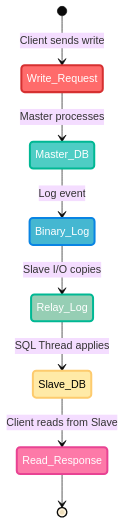
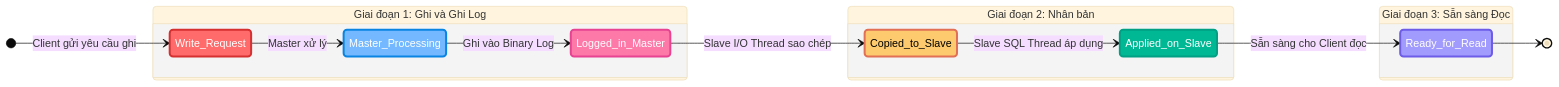
One commit to ngockhanhvd2812/DBA changed the third of 8 diagrams in master_slave.md. Above: the diagram before and after it, drawn with Mermaid (base theme). The commit also changed other lines of this file, not shown here.

````diff
--- a/master_slave.md
+++ b/master_slave.md
@@ -94,25 +132,42 @@
 ```mermaid
 stateDiagram-v2
-    [*] --> Write_Request: Client sends write
-    Write_Request --> Master_DB: Master processes
-    Master_DB --> Binary_Log: Log event
-    Binary_Log --> Relay_Log: Slave I/O copies
-    Relay_Log --> Slave_DB: SQL Thread applies
-    Slave_DB --> Read_Response: Client reads from Slave
-    Read_Response --> [*]
+    direction LR
     
-    %% Styling với màu sắc đa dạng
-    classDef writePhase fill:#ff6b6b,stroke:#d63031,stroke-width:3px,color:#fff
-    classDef masterPhase fill:#4ecdc4,stroke:#00b894,stroke-width:3px,color:#fff
-    classDef logPhase fill:#45b7d1,stroke:#0984e3,stroke-width:3px,color:#fff
-    classDef relayPhase fill:#96ceb4,stroke:#00b894,stroke-width:3px,color:#fff
-    classDef slavePhase fill:#ffeaa7,stroke:#fdcb6e,stroke-width:3px,color:#000
-    classDef readPhase fill:#fd79a8,stroke:#e84393,stroke-width:3px,color:#fff
+    [*] --> Write_Request: Client gửi yêu cầu ghi
+    Write_Request --> Master_Processing: Master xử lý
+    Master_Processing --> Logged_in_Master: Ghi vào Binary Log
+    Logged_in_Master --> Copied_to_Slave: Slave I/O Thread sao chép
+    Copied_to_Slave --> Applied_on_Slave: Slave SQL Thread áp dụng
+    Applied_on_Slave --> Ready_for_Read: Sẵn sàng cho Client đọc
+    Ready_for_Read --> [*]
+
+    state "Giai đoạn 1: Ghi và Ghi Log" as P1 {
+        Write_Request
+        Master_Processing
+        Logged_in_Master
+    }
+    
+    state "Giai đoạn 2: Nhân bản" as P2 {
+        Copied_to_Slave
+        Applied_on_Slave
+    }
+
+    state "Giai đoạn 3: Sẵn sàng Đọc" as P3 {
+        Ready_for_Read
+    }
+
+    %% Styling với nhiều màu sắc
+    classDef writePhase fill:#ff6b6b,stroke:#d63031,stroke-width:3px,color:white
+    classDef processPhase fill:#74b9ff,stroke:#0984e3,stroke-width:3px,color:white
+    classDef logPhase fill:#fd79a8,stroke:#e84393,stroke-width:3px,color:white
+    classDef copyPhase fill:#fdcb6e,stroke:#e17055,stroke-width:3px,color:black
+    classDef applyPhase fill:#00b894,stroke:#00a085,stroke-width:3px,color:white
+    classDef readPhase fill:#a29bfe,stroke:#6c5ce7,stroke-width:3px,color:white
     
     class Write_Request writePhase
-    class Master_DB masterPhase
-    class Binary_Log logPhase
-    class Relay_Log relayPhase
-    class Slave_DB slavePhase
-    class Read_Response readPhase
+    class Master_Processing processPhase
+    class Logged_in_Master logPhase
+    class Copied_to_Slave copyPhase
+    class Applied_on_Slave applyPhase
+    class Ready_for_Read readPhase
 ```
````
